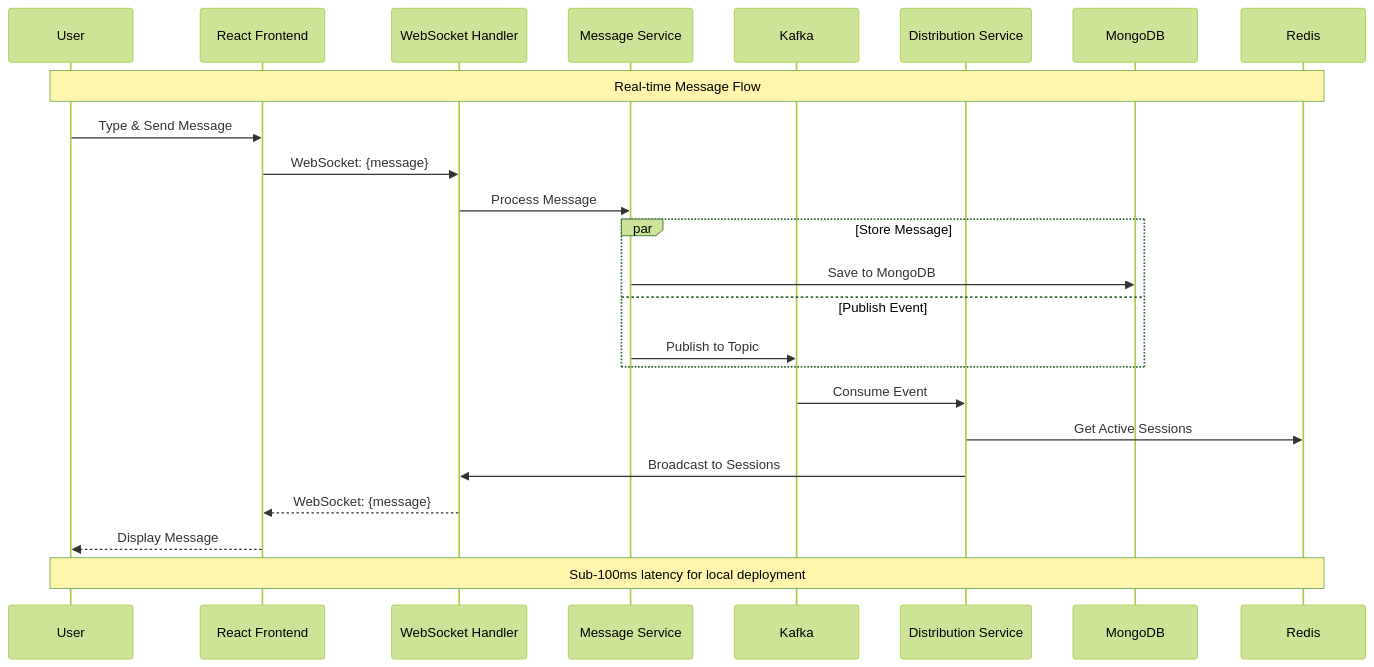
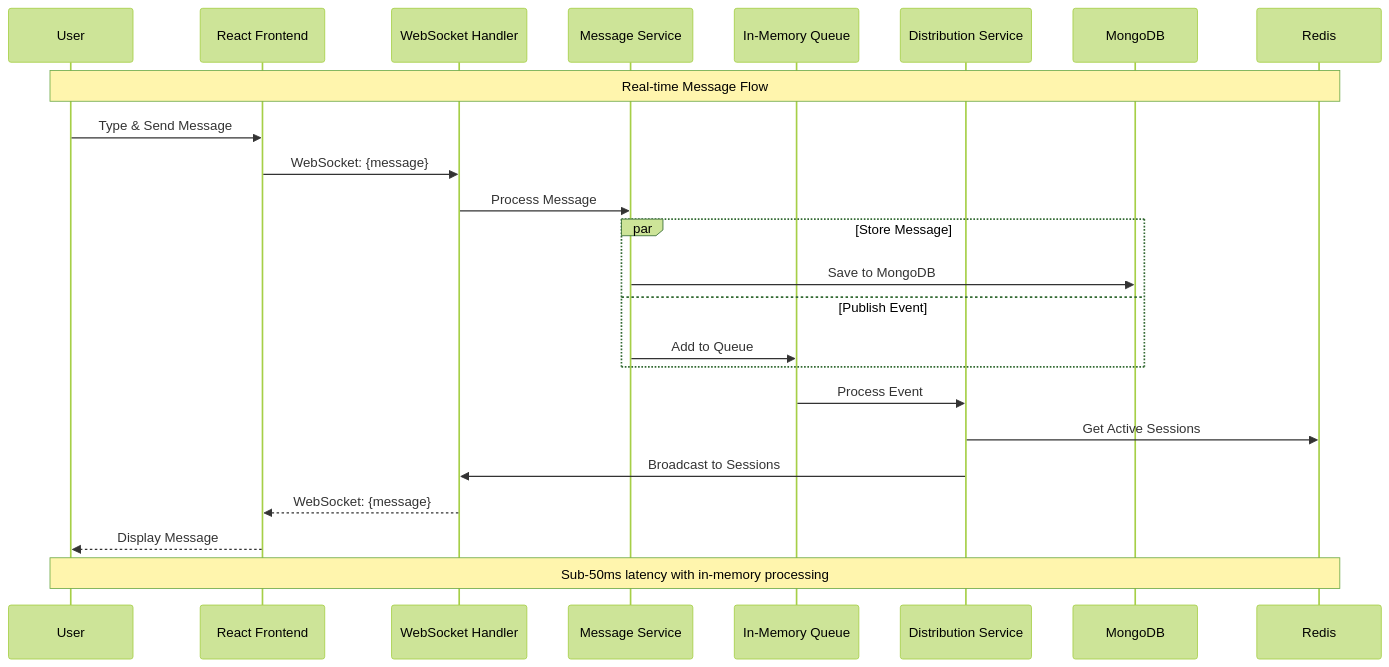
One commit to jeffreyjose07/scalable-chat-platform changed the second of 3 diagrams in docs/ARCHITECTURE.md. Above: the diagram before and after it, drawn with Mermaid (forest theme). The commit also changed other lines of this file and 7 other files, not shown here.

````diff
--- a/docs/ARCHITECTURE.md
+++ b/docs/ARCHITECTURE.md
@@ -132,31 +127,31 @@
 ```mermaid
 sequenceDiagram
     participant U as User
     participant FE as React Frontend
     participant WS as WebSocket Handler
     participant MS as Message Service
-    participant K as Kafka
+    participant IQ as In-Memory Queue
     participant DS as Distribution Service
     participant DB as MongoDB
     participant R as Redis
 
     Note over U,R: Real-time Message Flow
 
     U->>FE: Type & Send Message
     FE->>WS: WebSocket: {message}
     WS->>MS: Process Message
     
     par Store Message
         MS->>DB: Save to MongoDB
     and Publish Event
-        MS->>K: Publish to Topic
+        MS->>IQ: Add to Queue
     end
     
-    K->>DS: Consume Event
+    IQ->>DS: Process Event
     DS->>R: Get Active Sessions
     DS->>WS: Broadcast to Sessions
     WS-->>FE: WebSocket: {message}
     FE-->>U: Display Message
     
-    Note over U,R: Sub-100ms latency for local deployment
+    Note over U,R: Sub-50ms latency with in-memory processing
 ```
````
